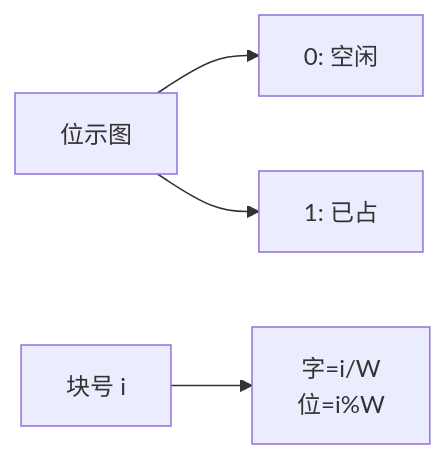
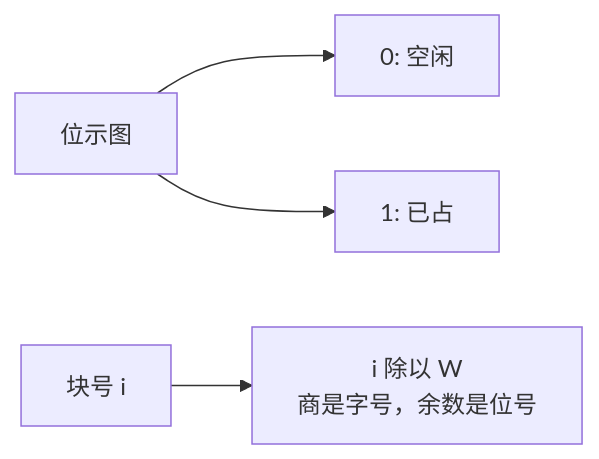
Before and after one commit to hicancan/njupt-knowledge: the diagram in topics/操作系统/文件存储空间管理.md, drawn with Mermaid. The commit also changed other lines of this file and 8 other files, not shown here.

````diff
--- a/topics/操作系统/文件存储空间管理.md
+++ b/topics/操作系统/文件存储空间管理.md
@@ -18,6 +18,6 @@
 ```mermaid
 flowchart LR
     A["位示图"] --> B["0: 空闲"]
     A --> C["1: 已占"]
-    D["块号 i"] --> E["字=i/W\n位=i%W"]
+    D["块号 i"] --> E["i 除以 W<br/>商是字号，余数是位号"]
 ```
````
